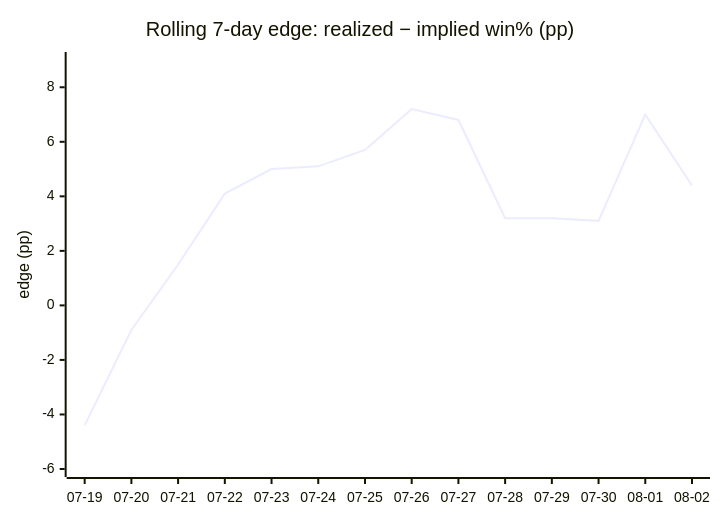
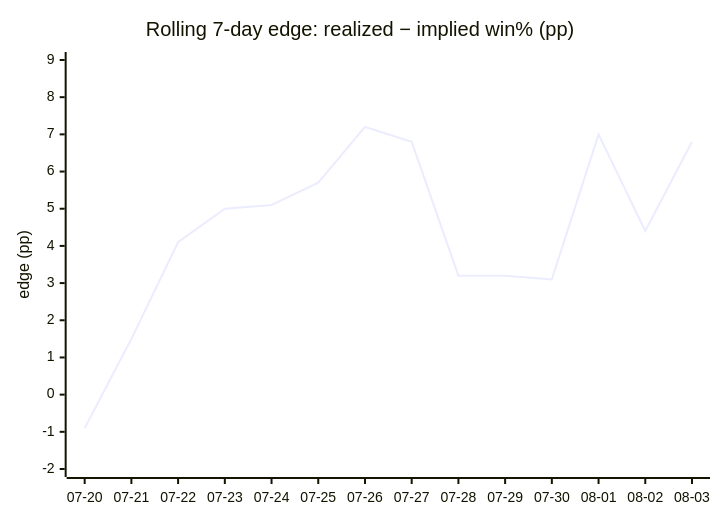
One commit to dpk1212/nhl-savant changed the fourth of 4 diagrams in DAILY_AGSU_REPORT.md. Above: the diagram before and after it, drawn with Mermaid. The commit also changed other lines of this file, not shown here.

````diff
--- a/DAILY_AGSU_REPORT.md
+++ b/DAILY_AGSU_REPORT.md
@@ -725,7 +722,7 @@
 ```mermaid
 xychart-beta
     title "Rolling 7-day edge: realized − implied win% (pp)"
-    x-axis ["07-19", "07-20", "07-21", "07-22", "07-23", "07-24", "07-25", "07-26", "07-27", "07-28", "07-29", "07-30", "08-01", "08-02"]
-    y-axis "edge (pp)" -6 --> 9
-    line [-4.4, -0.9, 1.5, 4.1, 5, 5.1, 5.7, 7.2, 6.8, 3.2, 3.2, 3.1, 7, 4.4]
+    x-axis ["07-20", "07-21", "07-22", "07-23", "07-24", "07-25", "07-26", "07-27", "07-28", "07-29", "07-30", "08-01", "08-02", "08-03"]
+    y-axis "edge (pp)" -2 --> 9
+    line [-0.9, 1.5, 4.1, 5, 5.1, 5.7, 7.2, 6.8, 3.2, 3.2, 3.1, 7, 4.4, 6.8]
 ```
````
